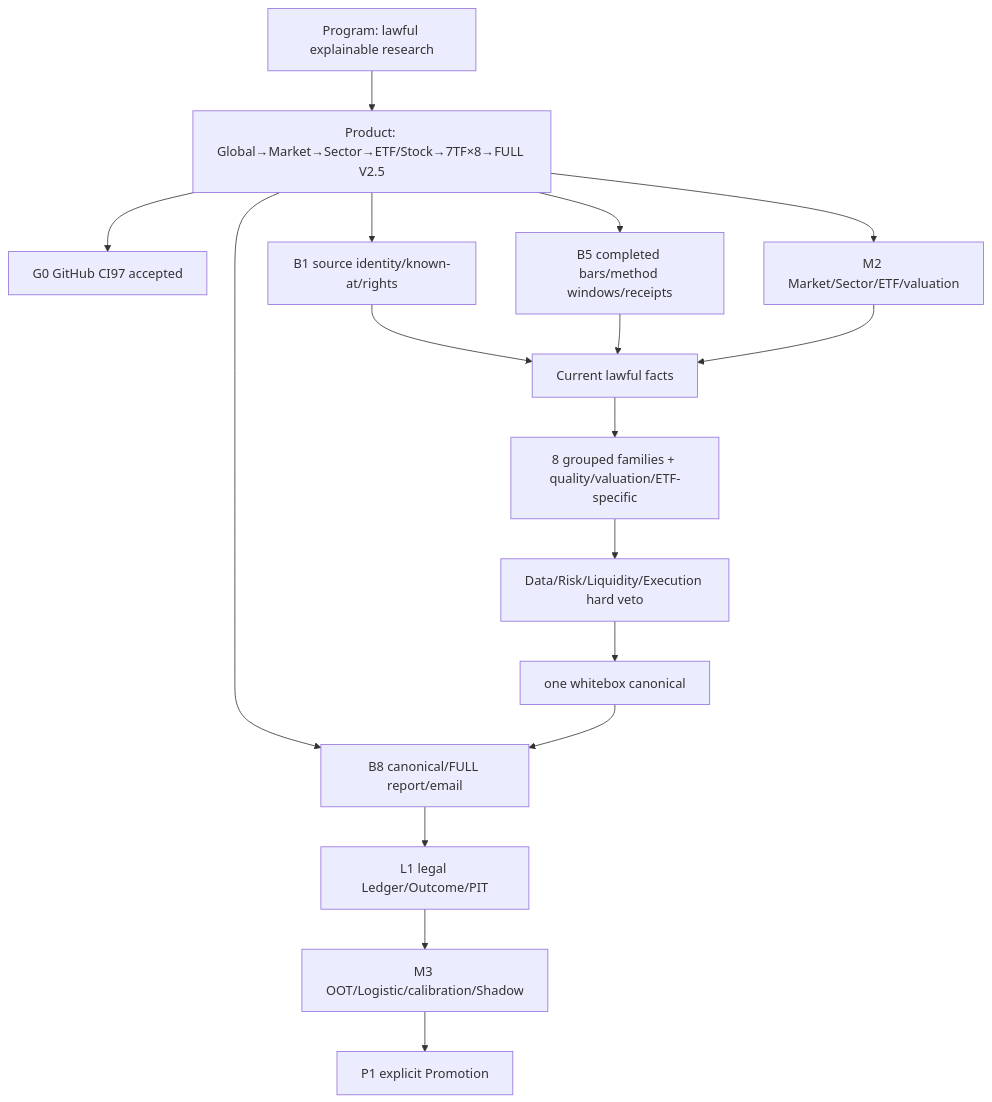
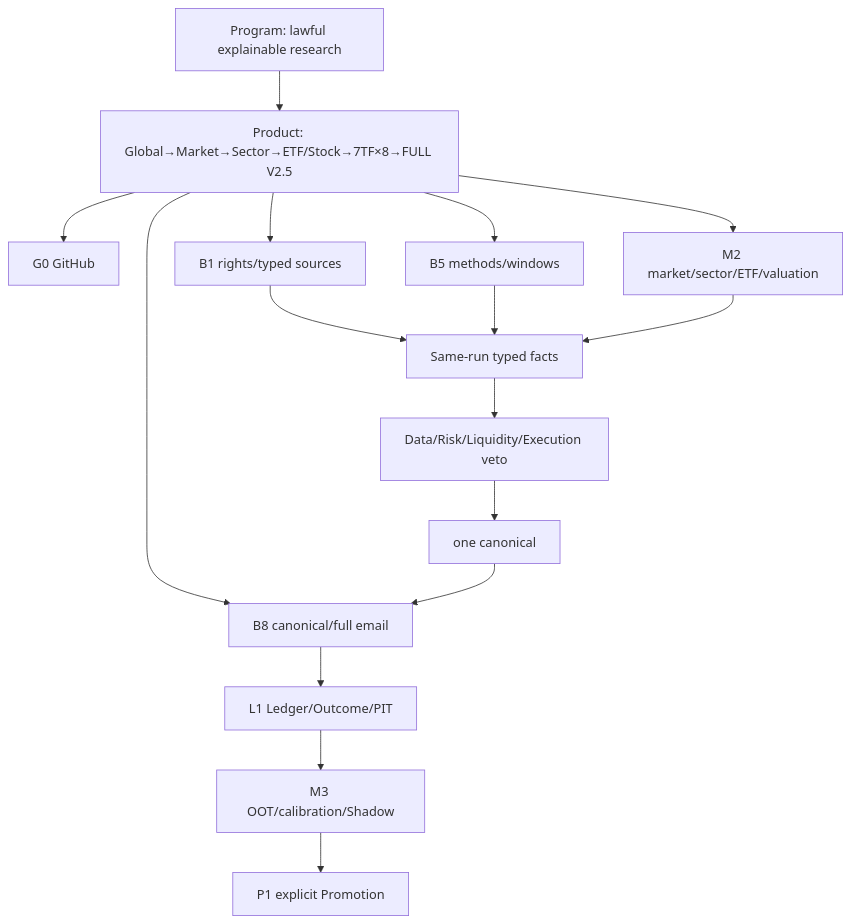
Before and after one commit to leeningzzu/dsa-market-research: the diagram in docs/stock-dsa-roadmap.md, drawn with Mermaid. The commit also changed other lines of this file and 9 other files, not shown here.

Commit message:
feat: bind typed source evidence objects

````diff
--- a/docs/stock-dsa-roadmap.md
+++ b/docs/stock-dsa-roadmap.md
@@ -22,19 +36,18 @@
 ```mermaid
 flowchart TD
   PROGRAM[Program: lawful explainable research] --> PRODUCT[Product: Global→Market→Sector→ETF/Stock→7TF×8→FULL V2.5]
-  PRODUCT --> G0[G0 GitHub CI97 accepted]
-  PRODUCT --> B1[B1 source identity/known-at/rights]
-  PRODUCT --> B5[B5 completed bars/method windows/receipts]
-  PRODUCT --> M2[M2 Market/Sector/ETF/valuation]
-  PRODUCT --> B8[B8 canonical/FULL report/email]
-  B8 --> L1[L1 legal Ledger/Outcome/PIT]
-  L1 --> M3[M3 OOT/Logistic/calibration/Shadow]
+  PRODUCT --> G0[G0 GitHub]
+  PRODUCT --> B1[B1 rights/typed sources]
+  PRODUCT --> B5[B5 methods/windows]
+  PRODUCT --> M2[M2 market/sector/ETF/valuation]
+  PRODUCT --> B8[B8 canonical/full email]
+  B8 --> L1[L1 Ledger/Outcome/PIT]
+  L1 --> M3[M3 OOT/calibration/Shadow]
   M3 --> P1[P1 explicit Promotion]
-  B1 --> FACTS[Current lawful facts]
+  B1 --> FACTS[Same-run typed facts]
   B5 --> FACTS
   M2 --> FACTS
-  FACTS --> EIGHT[8 grouped families + quality/valuation/ETF-specific]
-  EIGHT --> VETO[Data/Risk/Liquidity/Execution hard veto]
-  VETO --> CANONICAL[one whitebox canonical]
+  FACTS --> VETO[Data/Risk/Liquidity/Execution veto]
+  VETO --> CANONICAL[one canonical]
   CANONICAL --> B8
 ```
````
